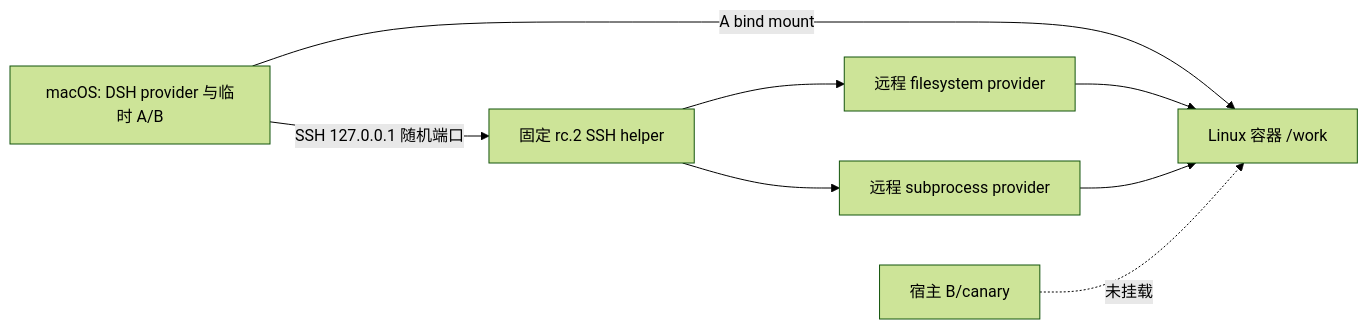
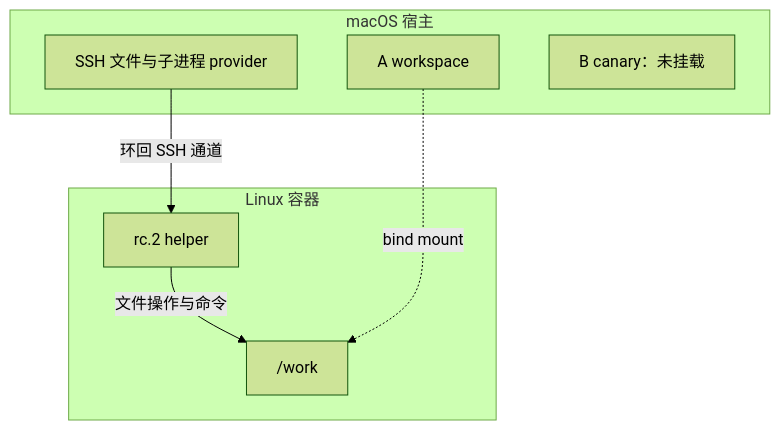
The diagram in labs/sandbox-isolation/CONTAINERS.md (eriklee1895/hands-on-dsh), drawn with Mermaid (forest theme) before and after one commit. The commit also changed other lines of this file and 86 other files, not shown here.

Commit message:
docs: improve course narrative, technical guidance, and diagrams

````diff
--- a/labs/sandbox-isolation/CONTAINERS.md
+++ b/labs/sandbox-isolation/CONTAINERS.md
@@ -20,10 +22,15 @@
 ```mermaid
-flowchart LR
-    Host[macOS: DSH provider 与临时 A/B] -->|A bind mount| Work[Linux 容器 /work]
-    Host -->|SSH 127.0.0.1 随机端口| Helper[固定 rc.2 SSH helper]
-    Helper --> FS[远程 filesystem provider]
-    Helper --> Proc[远程 subprocess provider]
-    FS --> Work
-    Proc --> Work
-    B[宿主 B/canary] -. 未挂载 .-> Work
+flowchart TD
+    subgraph Host[macOS 宿主]
+        Provider[SSH 文件与子进程 provider]
+        A[A workspace]
+        B[B canary：未挂载]
+    end
+    subgraph Container[Linux 容器]
+        Helper[rc.2 helper]
+        Work["/work"]
+        Helper -->|文件操作与命令| Work
+    end
+    Provider -->|环回 SSH 通道| Helper
+    A -. bind mount .-> Work
 ```
````
